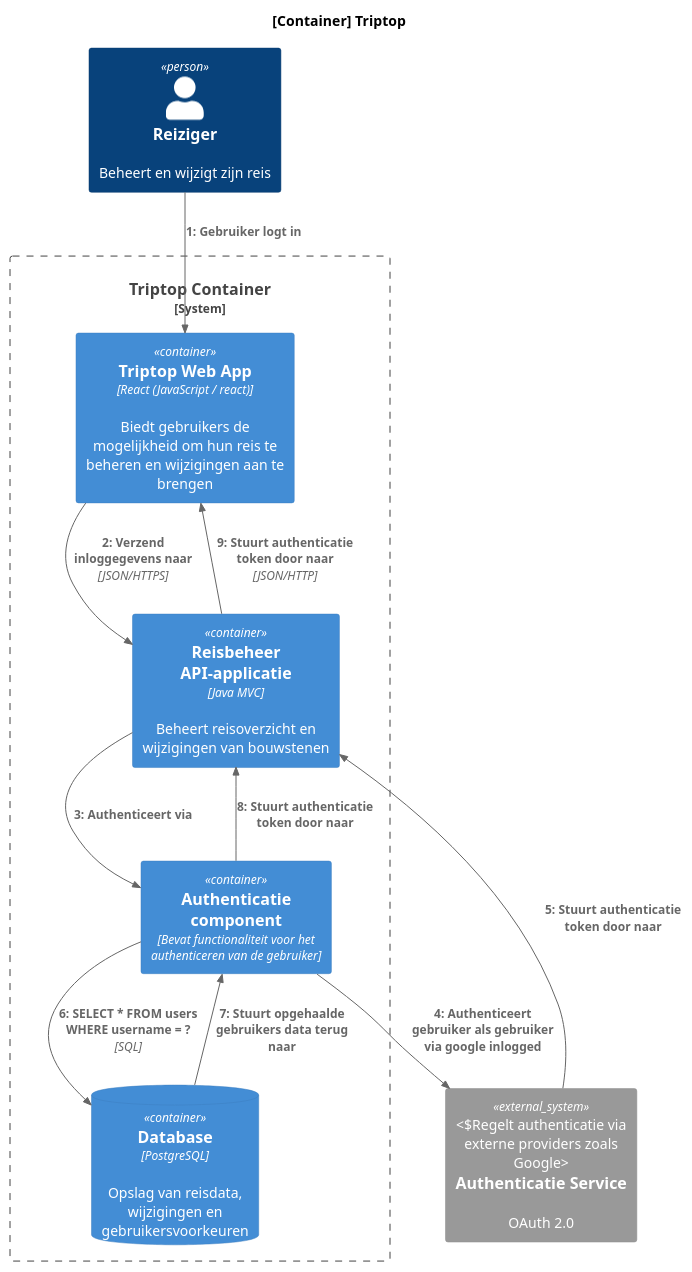
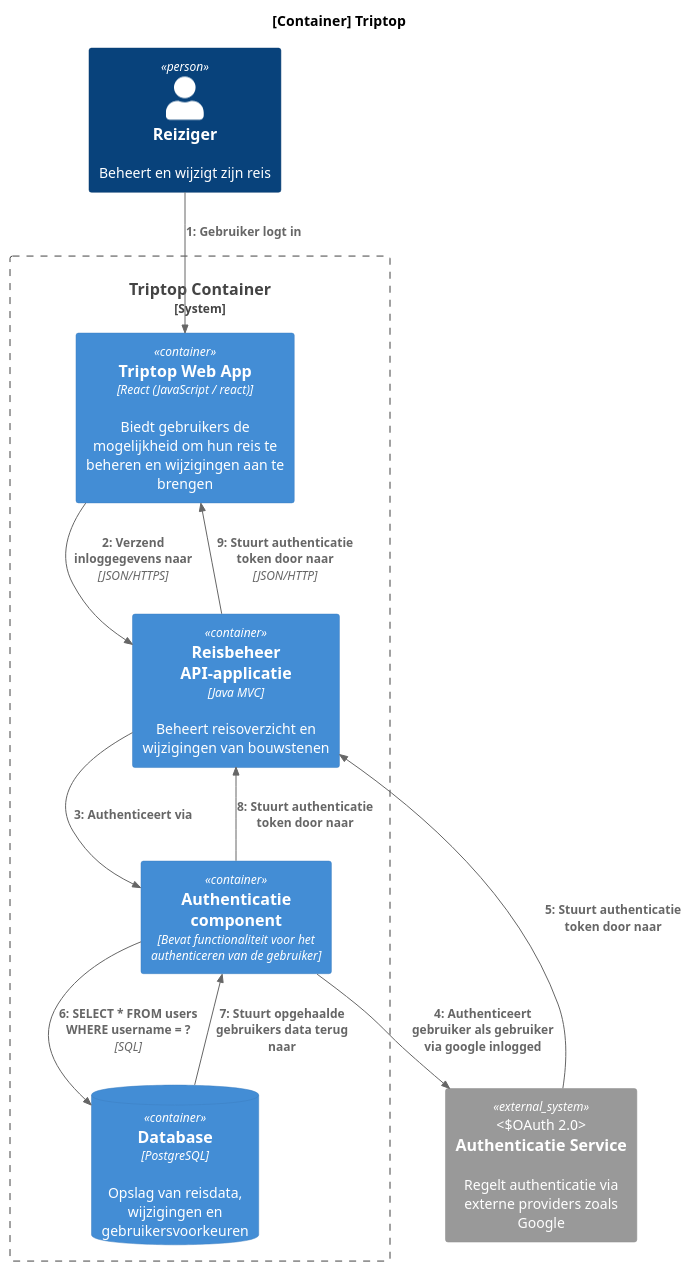
Before and after one commit to AIM-ENE-feb25/triptop-groep-4-afscheidscadeau-voor-juf-kim: the diagram in opdracht-diagrammen/Dynamisch Diagram inloggen.puml, drawn with PlantUML. The commit also changed 1 other file, not shown here.

````diff
--- a/opdracht-diagrammen/Dynamisch Diagram inloggen.puml
+++ b/opdracht-diagrammen/Dynamisch Diagram inloggen.puml
@@ -1,40 +1,40 @@
 @startuml
 !include https://raw.githubusercontent.com/plantuml-stdlib/C4-PlantUML/master/C4_Dynamic.puml
 
 
 title [Container] Triptop
 
 Person(user, "Reiziger", "Beheert en wijzigt zijn reis")
 
 System_Boundary(triptop, "Triptop Container") {
 
     Container(web, "Triptop Web App", "React (JavaScript / react)", "Biedt gebruikers de mogelijkheid om hun reis te beheren en wijzigingen aan te brengen")
 
 '    Nodig?
 '    Container(api, "API Gateway", "Java MVC", "")
 
     Container(trip_manager, "Reisbeheer API-applicatie", "Java MVC", "Beheert reisoverzicht en wijzigingen van bouwstenen")
 
     ContainerDb(db, "Database", "PostgreSQL", "Opslag van reisdata, wijzigingen en gebruikersvoorkeuren")
 
     Container(authenticatie, "Authenticatie component", "Bevat functionaliteit voor het authenticeren van de gebruiker")
 
 }
 
-System_Ext(authService, "Authenticatie Service", "OAuth 2.0", "Regelt authenticatie via externe providers zoals Google")
+System_Ext(authService, "Authenticatie Service", "Regelt authenticatie via externe providers zoals Google", OAuth 2.0)
 
 Rel(user, web, "Gebruiker logt in")
 Rel(web, trip_manager, "Verzend inloggegevens naar", JSON/HTTPS)
 
 Rel(trip_manager, authenticatie, "Authenticeert via")
 Rel(authenticatie, authService, "Authenticeert gebruiker als gebruiker via google inlogged")
 Rel(authService, trip_manager, "Stuurt authenticatie token door naar")
 
 Rel(authenticatie, db,"SELECT * FROM users WHERE username = ?", "SQL")
 Rel(db, authenticatie, "Stuurt opgehaalde gebruikers data terug naar")
 Rel(authenticatie, trip_manager, "Stuurt authenticatie token door naar")
 Rel(trip_manager, web, "Stuurt authenticatie token door naar", "JSON/HTTP")
 
 
 
 @enduml```
````
